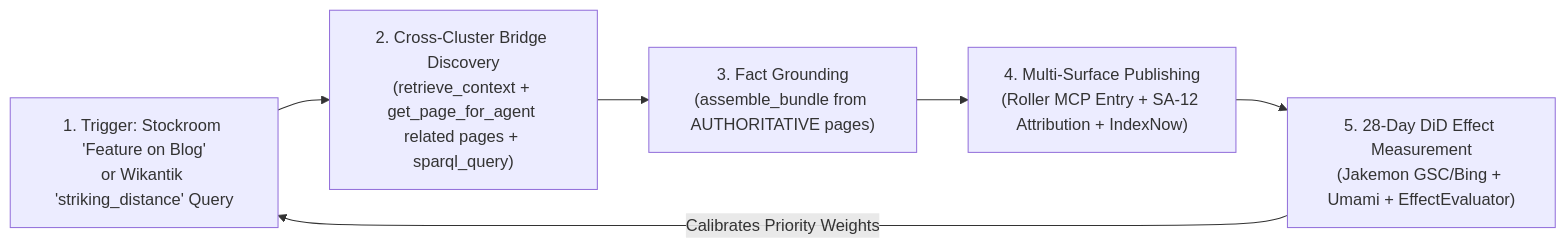
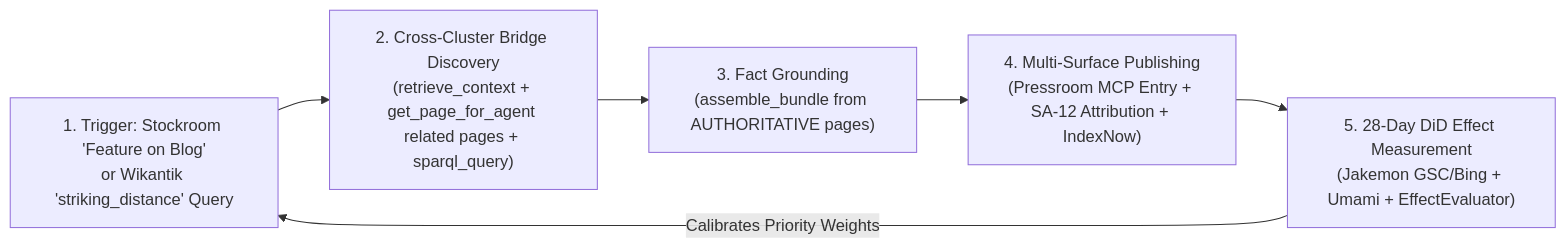
The third of 4 diagrams in docs/wikantik-pages/About.md (jakefearsd/wikantik), drawn with Mermaid before and after one commit. The commit also changed other lines of this file and 3 other files, not shown here.

````diff
--- a/docs/wikantik-pages/About.md
+++ b/docs/wikantik-pages/About.md
@@ -202,8 +202,8 @@
 ```mermaid
 flowchart LR
     Trigger["1. Trigger: Stockroom 'Feature on Blog'<br/>or Wikantik 'striking_distance' Query"] --> Discover["2. Cross-Cluster Bridge Discovery<br/>(retrieve_context + get_page_for_agent related pages + sparql_query)"]
     Discover --> Bundle["3. Fact Grounding<br/>(assemble_bundle from AUTHORITATIVE pages)"]
-    Bundle --> Publish["4. Multi-Surface Publishing<br/>(Roller MCP Entry + SA-12 Attribution + IndexNow)"]
+    Bundle --> Publish["4. Multi-Surface Publishing<br/>(Pressroom MCP Entry + SA-12 Attribution + IndexNow)"]
     Publish --> Measure["5. 28-Day DiD Effect Measurement<br/>(Jakemon GSC/Bing + Umami + EffectEvaluator)"]
     Measure -->|"Calibrates Priority Weights"| Trigger
 ```
````
